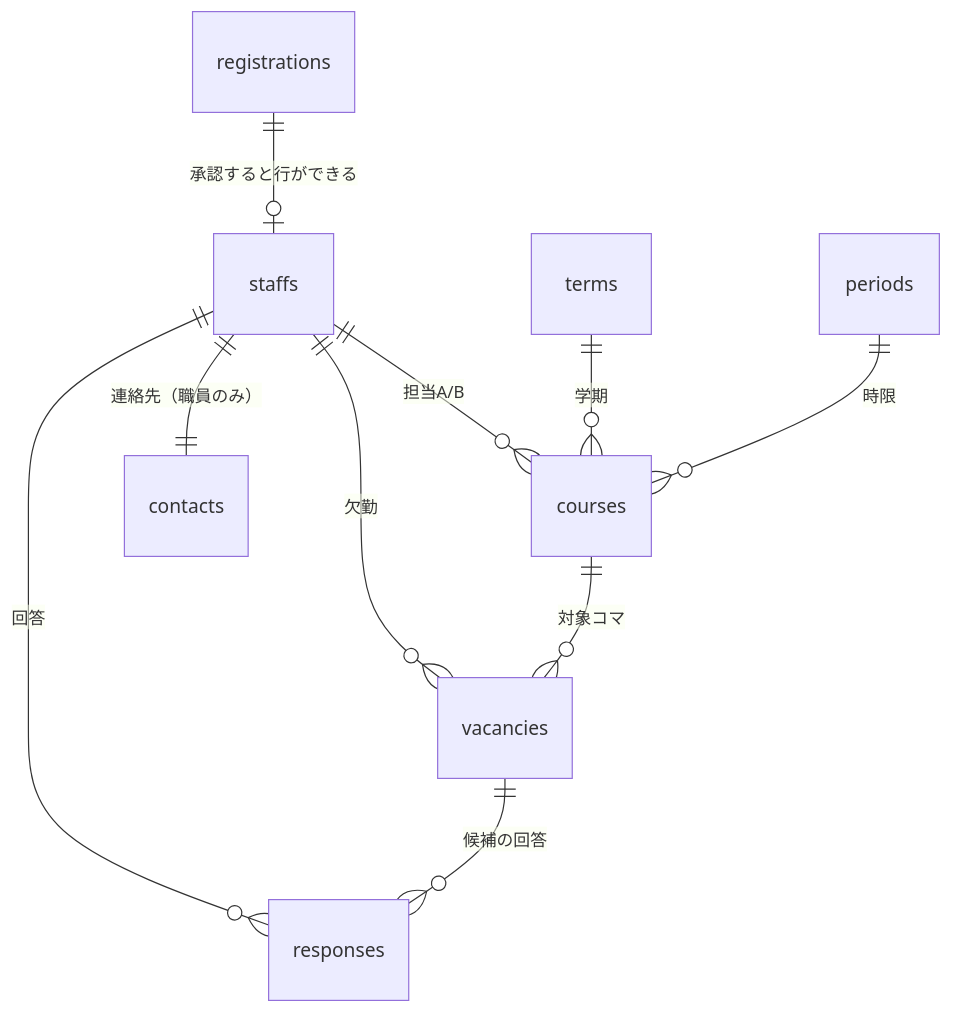
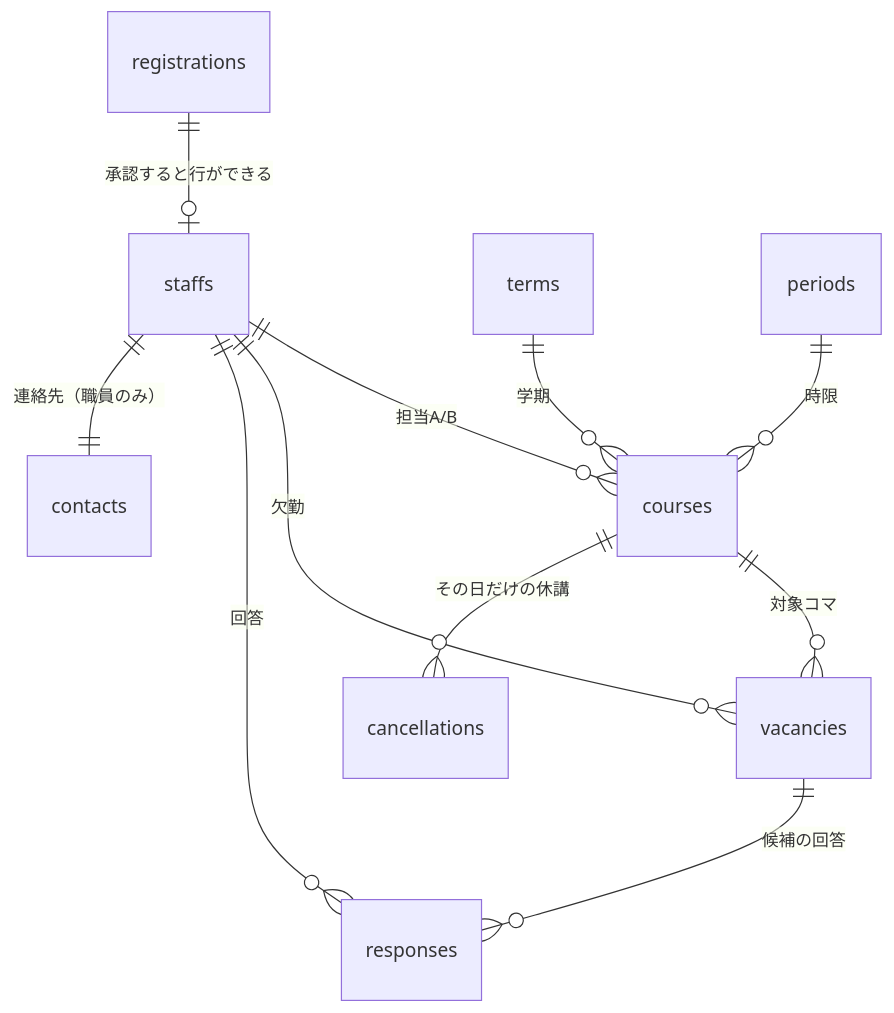
Before and after one commit to Nakano-official/takeover: the third of 3 diagrams in README.md, drawn with Mermaid. The commit also changed other lines of this file and 8 other files, not shown here.

````diff
--- a/README.md
+++ b/README.md
@@ -369,12 +384,13 @@
 ```mermaid
 erDiagram
   staffs ||--o{ courses : "担当A/B"
   staffs ||--o{ vacancies : "欠勤"
   staffs ||--o{ responses : "回答"
   staffs ||--|| contacts : "連絡先（職員のみ）"
   registrations ||--o| staffs : "承認すると行ができる"
   courses ||--o{ vacancies : "対象コマ"
+  courses ||--o{ cancellations : "その日だけの休講"
   vacancies ||--o{ responses : "候補の回答"
   terms ||--o{ courses : "学期"
   periods ||--o{ courses : "時限"
 ```
````
